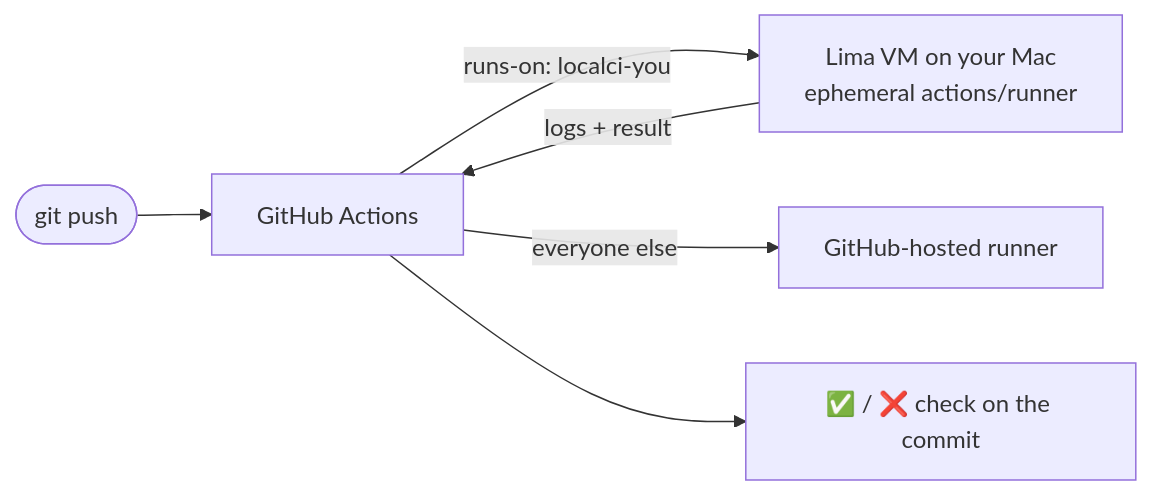
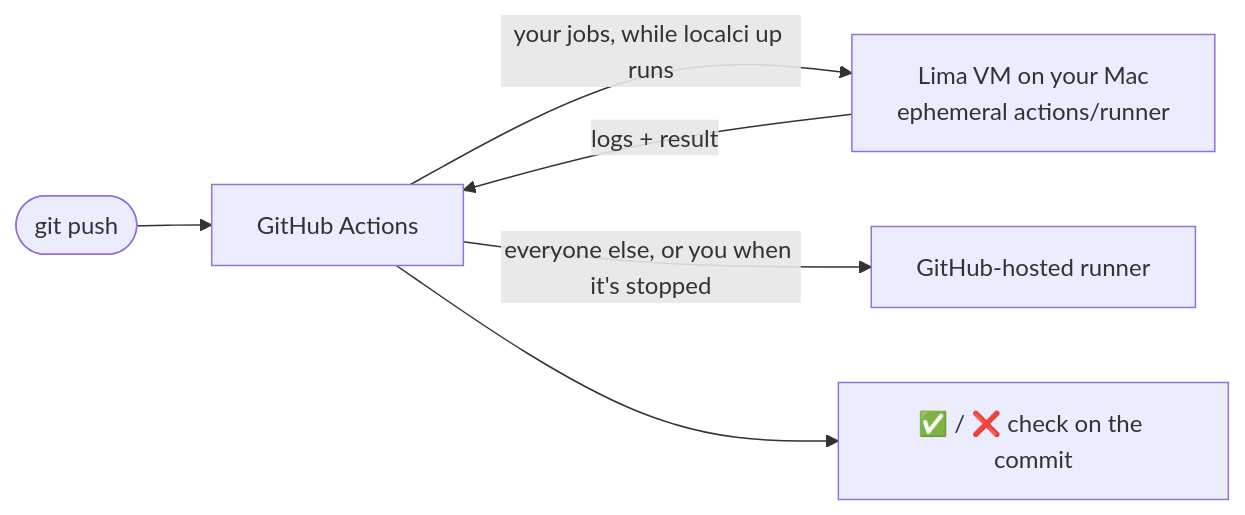
Before and after one commit to harrydt/local-ci: the diagram in README.md, drawn with Mermaid. The commit also changed other lines of this file and 4 other files, not shown here.

Commit message:
docs: get-started README, diagrams for failure behaviour and roadmap

````diff
--- a/README.md
+++ b/README.md
@@ -7,7 +5,7 @@
 ```mermaid
 flowchart LR
   dev([git push]) --> GH[GitHub Actions]
-  GH -- "runs-on: localci-you" --> VM["Lima VM on your Mac<br/>ephemeral actions/runner"]
-  GH -- "everyone else" --> Hosted[GitHub-hosted runner]
+  GH -- "your jobs, while localci up runs" --> VM["Lima VM on your Mac<br/>ephemeral actions/runner"]
+  GH -- "everyone else, or you when it's stopped" --> Hosted[GitHub-hosted runner]
   VM -- "logs + result" --> GH --> Check["✅ / ❌ check on the commit"]
 ```
````
